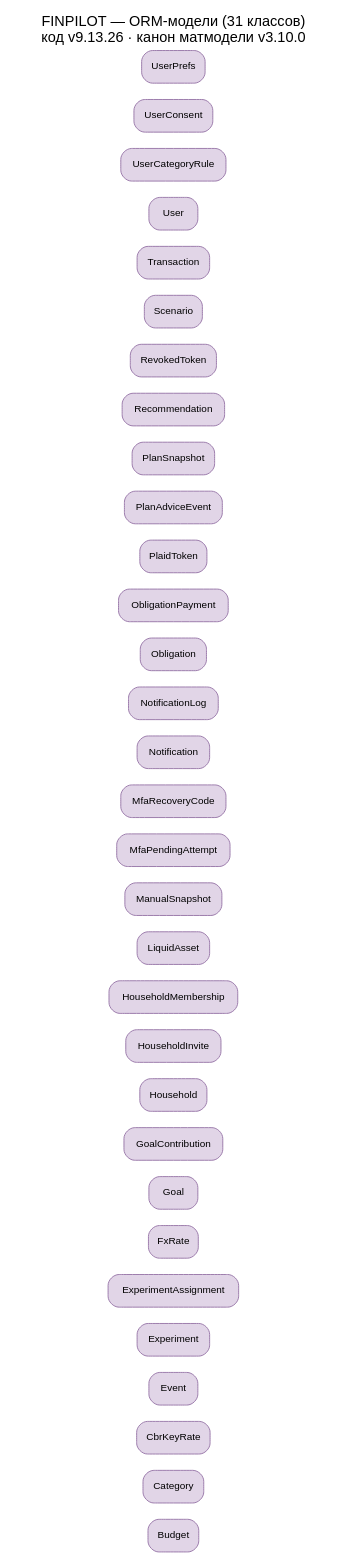
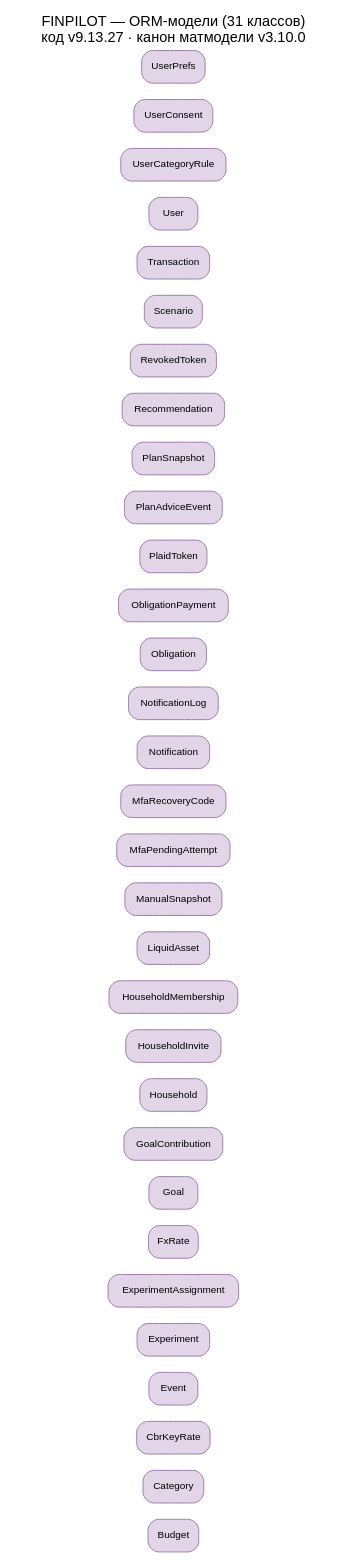
The diagram in docs/diagrams/src/11_uml_class.dot (vevdokimovm/personal-finance-dss), drawn with Graphviz before and after one commit. The commit also changed 34 other files, not shown here.

Commit message:
personal-finance-dss v9.13.27 — версия проставлена всем диаграммам, включая рисуемые вручную

```diff
--- a/docs/diagrams/src/11_uml_class.dot
+++ b/docs/diagrams/src/11_uml_class.dot
@@ -1,37 +1,37 @@
 digraph uml {
   graph [rankdir=LR, fontname="Helvetica", labelloc=t, fontsize=16,
-         label="FINPILOT — ORM-модели (31 классов)\nкод v9.13.26 · канон матмодели v3.10.0", nodesep=0.25, ranksep=0.8];
+         label="FINPILOT — ORM-модели (31 классов)\nкод v9.13.27 · канон матмодели v3.10.0", nodesep=0.25, ranksep=0.8];
   node [shape=box, style="rounded,filled", fillcolor="#e1d5e7",
         color="#9673a6", fontname="Helvetica", fontsize=11];
   "Budget";
   "Category";
   "CbrKeyRate";
   "Event";
   "Experiment";
   "ExperimentAssignment";
   "FxRate";
   "Goal";
   "GoalContribution";
   "Household";
   "HouseholdInvite";
   "HouseholdMembership";
   "LiquidAsset";
   "ManualSnapshot";
   "MfaPendingAttempt";
   "MfaRecoveryCode";
   "Notification";
   "NotificationLog";
   "Obligation";
   "ObligationPayment";
   "PlaidToken";
   "PlanAdviceEvent";
   "PlanSnapshot";
   "Recommendation";
   "RevokedToken";
   "Scenario";
   "Transaction";
   "User";
   "UserCategoryRule";
   "UserConsent";
   "UserPrefs";
 }
```
